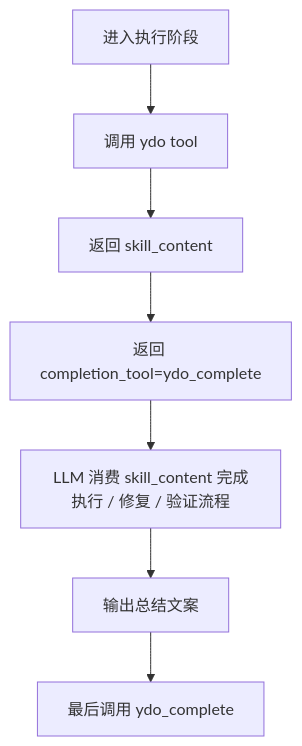
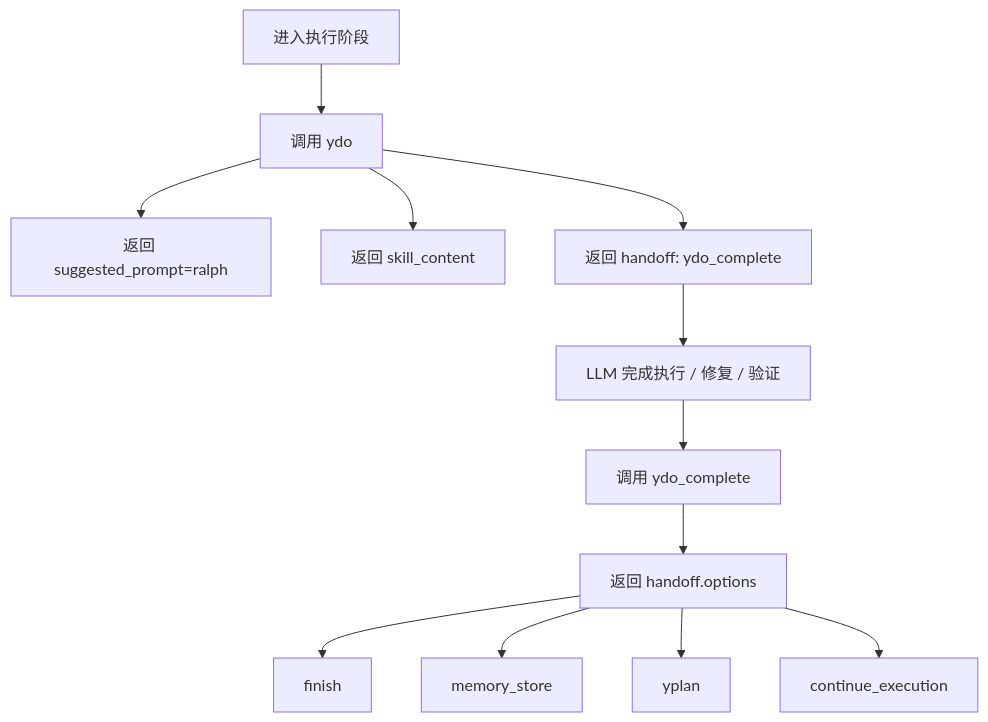
The fifth of 5 diagrams in docs/current-workflow-flowcharts.md (CodeyLife/Ymcp), drawn with Mermaid before and after one commit. The commit also changed other lines of this file and 30 other files, not shown here.

````diff
--- a/docs/current-workflow-flowcharts.md
+++ b/docs/current-workflow-flowcharts.md
@@ -171,9 +96,14 @@
 ```mermaid
 flowchart TD
-    A[进入执行阶段] --> B[调用 ydo tool]
-    B --> C[返回 skill_content]
-    C --> D[返回 completion_tool=ydo_complete]
-    D --> E[LLM 消费 skill_content 完成执行 / 修复 / 验证流程]
-    E --> F[输出总结文案]
-    F --> G[最后调用 ydo_complete]
+    A[进入执行阶段] --> B[调用 ydo]
+    B --> C[返回 suggested_prompt=ralph]
+    B --> D[返回 skill_content]
+    B --> E[返回 handoff: ydo_complete]
+    E --> F[LLM 完成执行 / 修复 / 验证]
+    F --> G[调用 ydo_complete]
+    G --> H[返回 handoff.options]
+    H --> I[finish]
+    H --> J[memory_store]
+    H --> K[yplan]
+    H --> L[continue_execution]
 ```
````
